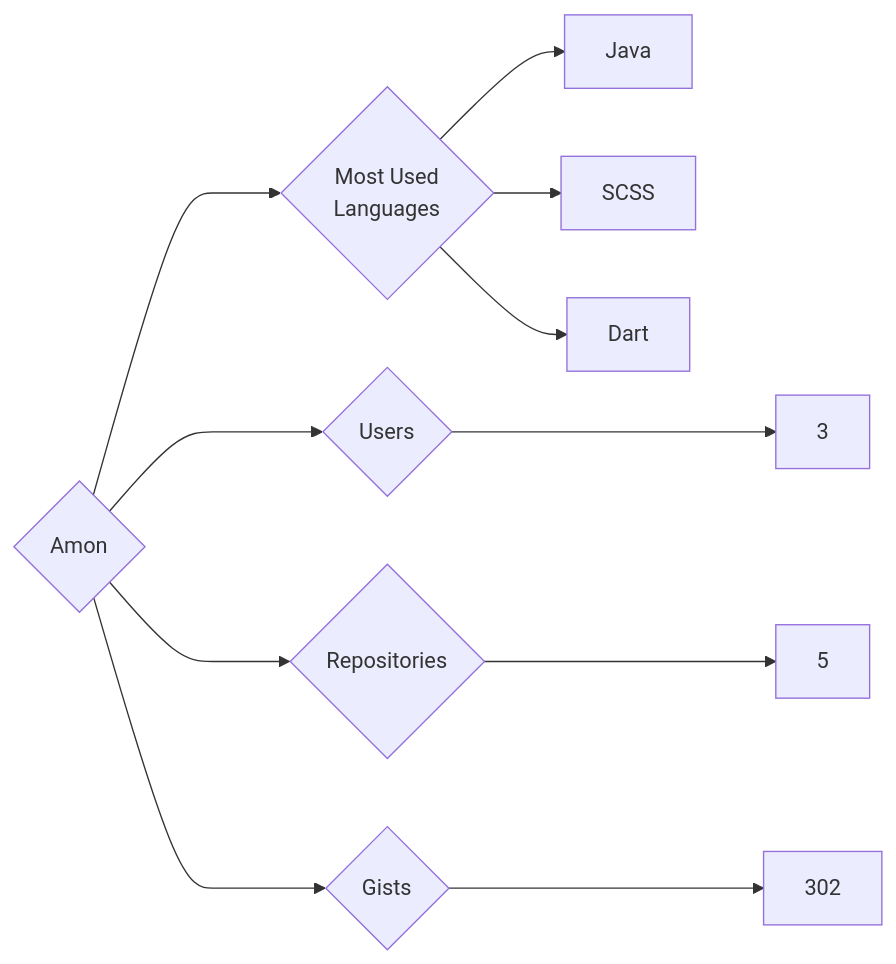
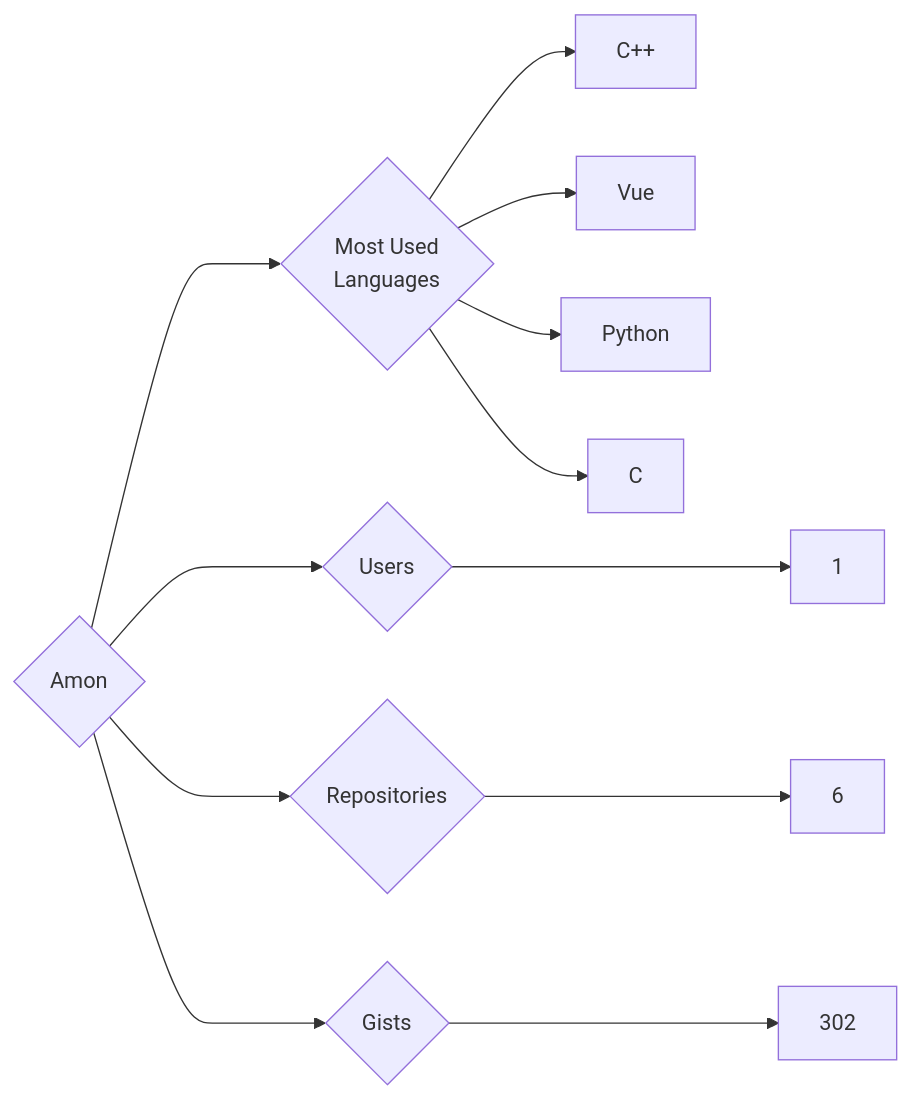
Before and after one commit to trickest/insiders: the diagram in targets/Amon/README.md, drawn with Mermaid. The commit also changed 1149 other files, not shown here.

````diff
--- a/targets/Amon/README.md
+++ b/targets/Amon/README.md
@@ -3,11 +3,12 @@
 ```mermaid
 graph LR
 COMPANY_NAME{Amon}
-COMPANY_NAME ---> U{Users} ---> UN[3]
-COMPANY_NAME ---> R{Repositories} ---> RN[5]
+COMPANY_NAME ---> U{Users} ---> UN[1]
+COMPANY_NAME ---> R{Repositories} ---> RN[6]
 COMPANY_NAME ---> G{Gists} ---> GN[302]
 COMPANY_NAME ---> ML{Most Used<br>Languages}
-ML --> Java[Java]
-ML --> SCSS[SCSS]
-ML --> Dart[Dart]
+ML --> C++[C++]
+ML --> Vue[Vue]
+ML --> Python[Python]
+ML --> C[C]
 ```
````
